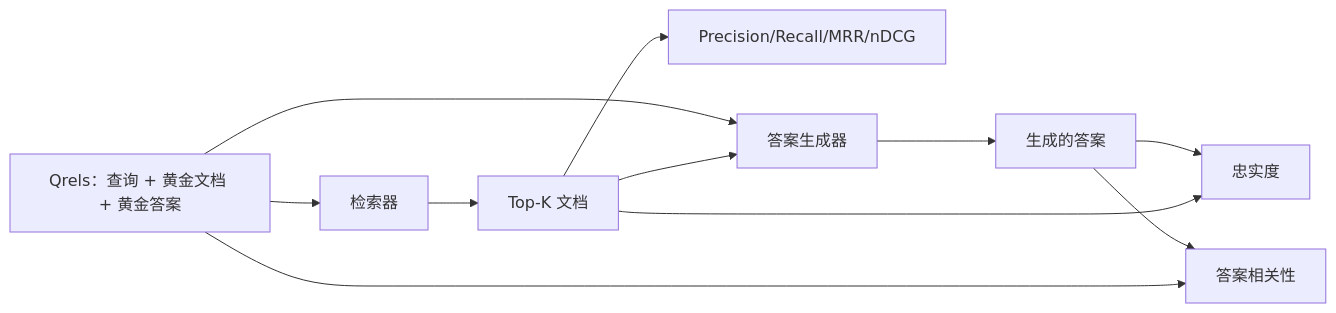
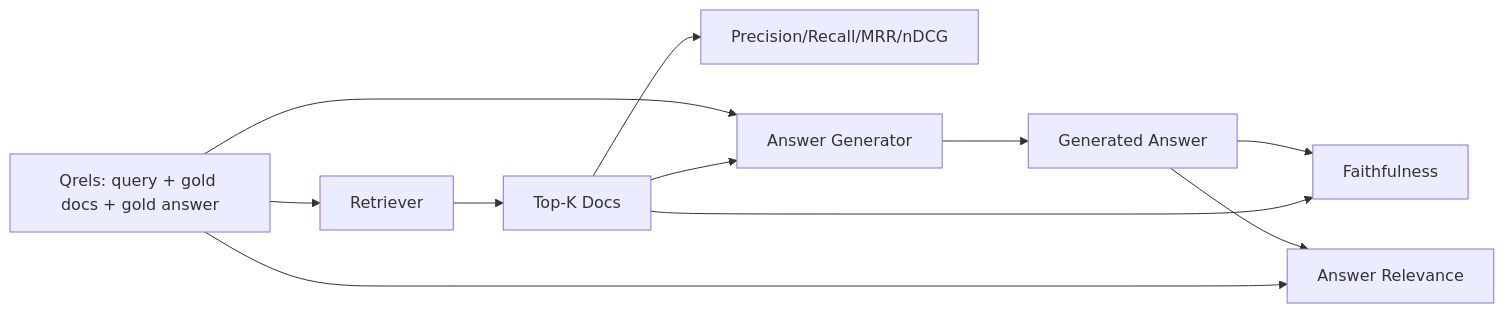
The diagram in i18n/zh/phases/19-capstone-projects/68-rag-eval-precision-recall/docs/zh.md (xiaojiaenen/ai-engineering-from-scratch-zh), drawn with Mermaid before and after one commit. The commit also changed other lines of this file and 85 other files, not shown here.

````diff
--- a/i18n/zh/phases/19-capstone-projects/68-rag-eval-precision-recall/docs/zh.md
+++ b/i18n/zh/phases/19-capstone-projects/68-rag-eval-precision-recall/docs/zh.md
@@ -31,13 +31,13 @@
 ```mermaid
 flowchart LR
-  Qrels[Qrels：查询 + 黄金文档 + 黄金答案] --> Retriever[检索器]
-  Retriever --> Top[Top-K 文档]
+  Qrels[Qrels: query + gold docs + gold answer] --> Retriever[Retriever]
+  Retriever --> Top[Top-K Docs]
   Top --> Retrieval[Precision/Recall/MRR/nDCG]
-  Qrels --> Gen[答案生成器]
+  Qrels --> Gen[Answer Generator]
   Top --> Gen
-  Gen --> Answer[生成的答案]
-  Answer --> Faithful[忠实度]
+  Gen --> Answer[Generated Answer]
+  Answer --> Faithful[Faithfulness]
   Top --> Faithful
-  Answer --> Relevant[答案相关性]
+  Answer --> Relevant[Answer Relevance]
   Qrels --> Relevant
 ```
````
